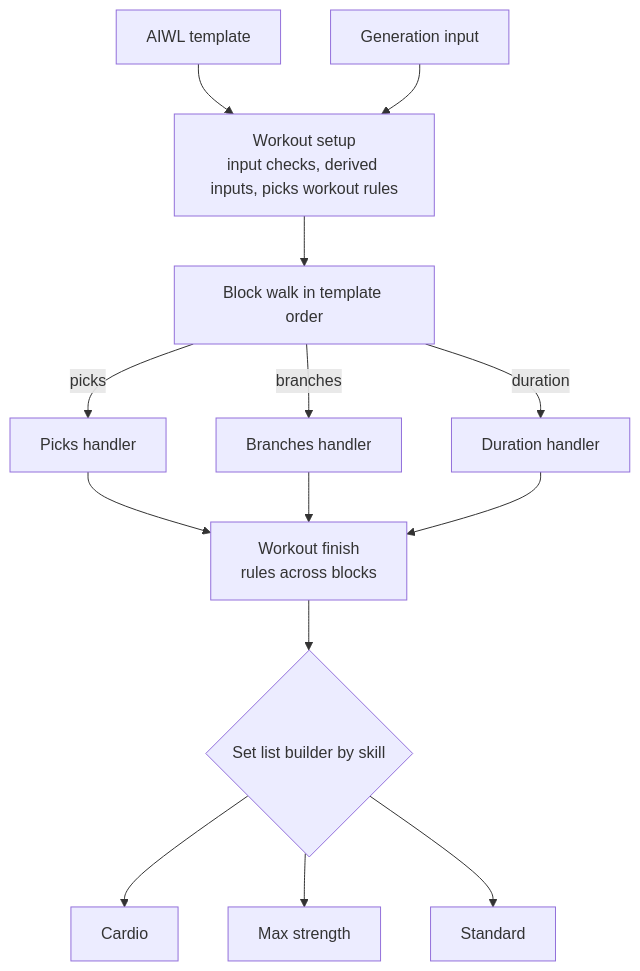
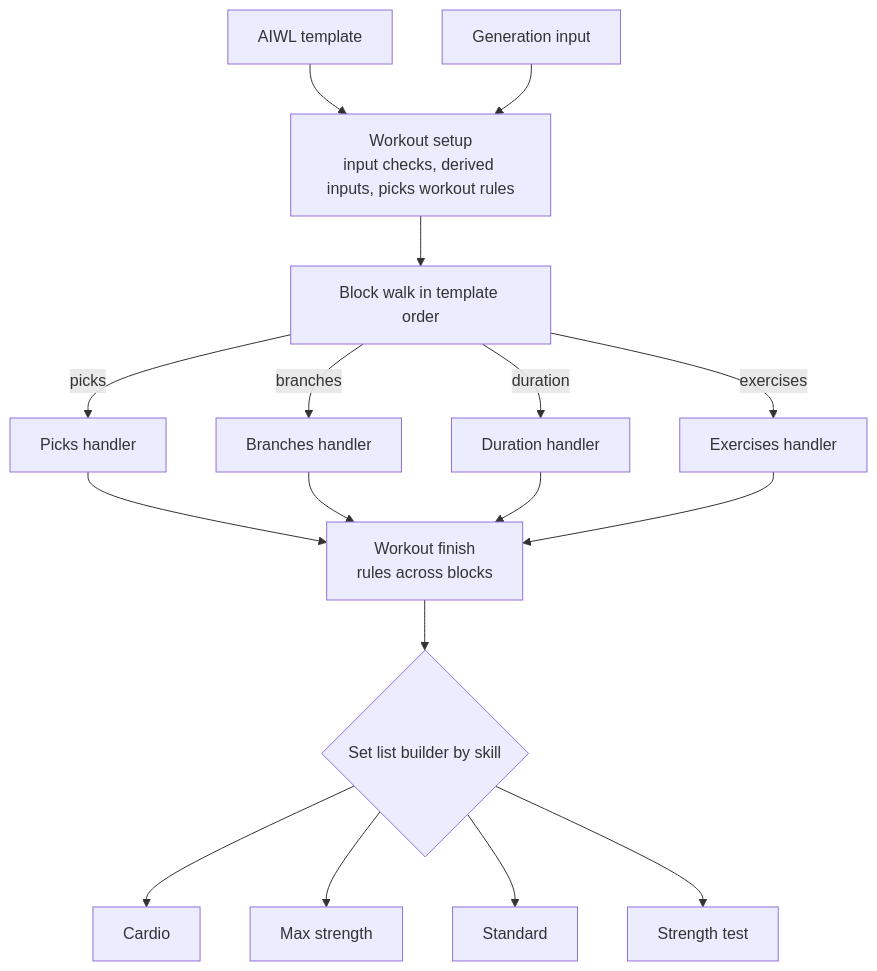
Before and after one commit to digital-athletic/sports-athletic: the first of 2 diagrams in athlete-mobile/docs/adr/workout-generator-architecture.md, drawn with Mermaid. The commit also changed other lines of this file and 3 other files, not shown here.

Commit message:
feat: add strength test source and ADRs

````diff
--- a/athlete-mobile/docs/adr/workout-generator-architecture.md
+++ b/athlete-mobile/docs/adr/workout-generator-architecture.md
@@ -47,12 +47,13 @@
 ```mermaid
 flowchart TD
     template[AIWL template] --> setup
     input[Generation input] --> setup
     setup[Workout setup<br/>input checks, derived inputs, picks workout rules] --> walk[Block walk in template order]
     walk -->|picks| picks[Picks handler]
     walk -->|branches| branches[Branches handler]
     walk -->|duration| duration[Duration handler]
-    picks & branches & duration --> finish[Workout finish<br/>rules across blocks]
+    walk -->|exercises| exercises[Exercises handler]
+    picks & branches & duration & exercises --> finish[Workout finish<br/>rules across blocks]
     finish --> builder{Set list builder by skill}
-    builder --> cardio[Cardio] & max[Max strength] & standard[Standard]
+    builder --> cardio[Cardio] & max[Max strength] & standard[Standard] & test[Strength test]
 ```
````
